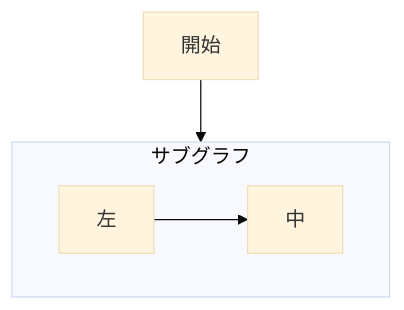
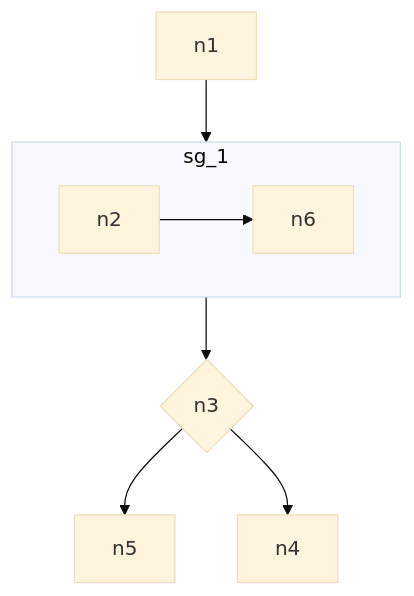
Before and after one commit to noriyuki-lim/obsidian-mermaid-gui: the diagram in docs/mermaid-gui-test.md, drawn with Mermaid (base theme). The commit also changed 8 other files, not shown here.

First line of the commit message:
feat(flowchart): improve layout and edge handle direction for subgraph direction

````diff
--- a/docs/mermaid-gui-test.md
+++ b/docs/mermaid-gui-test.md
@@ -6,11 +6,14 @@
 ```mermaid
 flowchart TD
-  n1[開始]
-  subgraph sg_1 [サブグラフ]
+  n3{n3}
+  subgraph sg_1 [sg_1]
     direction LR
-    n4[左]
-    n5[中]
+    n2[n2]
+    n6[n6]
   end
-  n4 --> n5
   n1 --> sg_1
+  sg_1 --> n3
+  n3 --> n5
+  n3 --> n4
+  n2 --> n6
 ```
````
